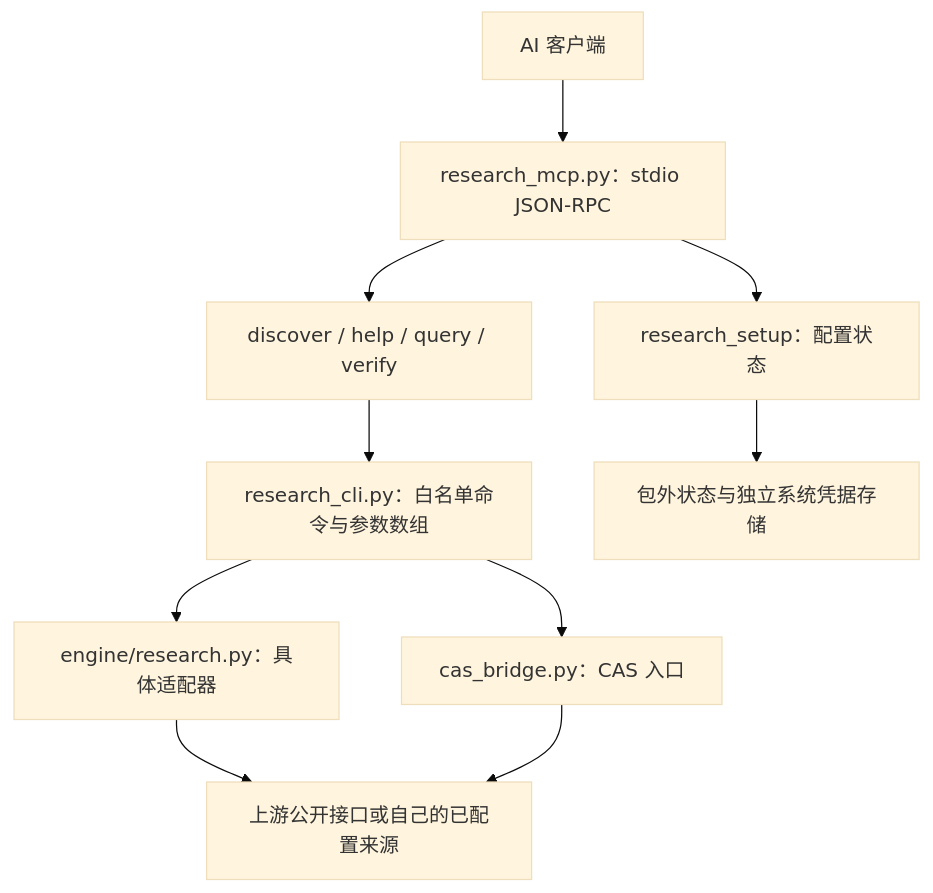
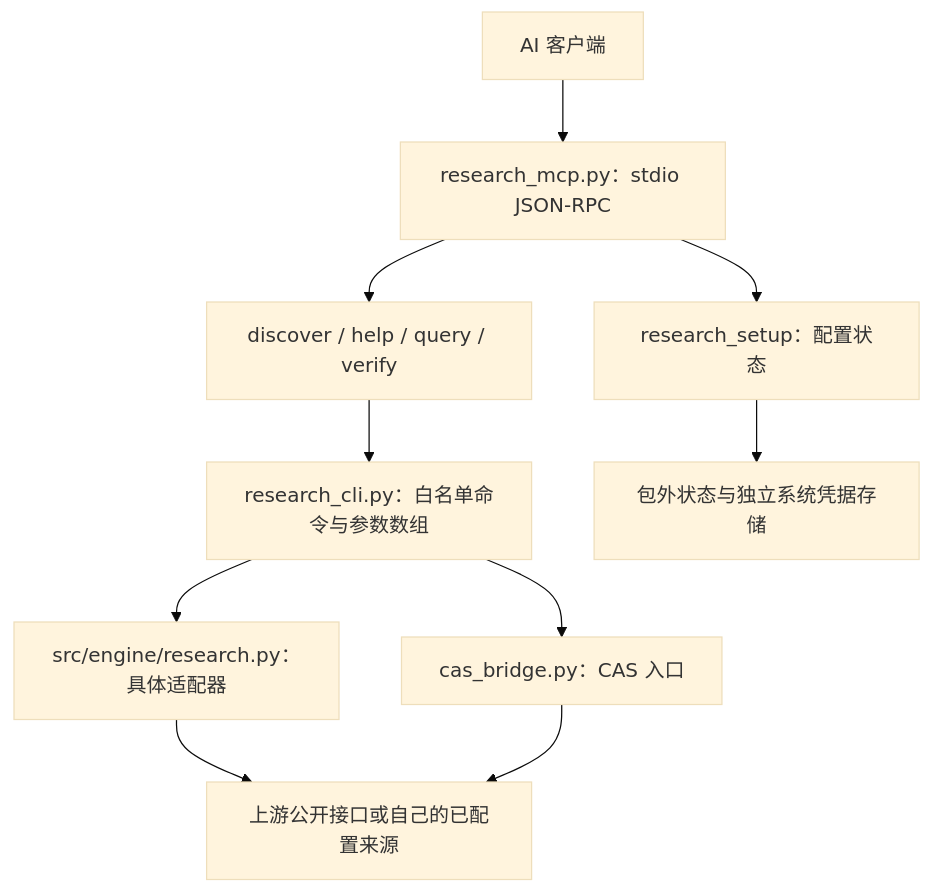
One commit to He-He-He-He-He-He/research-database-mcp changed the diagram in docs/ARCHITECTURE.md. Above: the diagram before and after it, drawn with Mermaid (base theme). The commit also changed other lines of this file and 19 other files, not shown here.

````diff
--- a/docs/ARCHITECTURE.md
+++ b/docs/ARCHITECTURE.md
@@ -7,12 +7,12 @@
 ```mermaid
 flowchart TD
     A[AI 客户端] --> B[research_mcp.py：stdio JSON-RPC]
     B --> C[research_setup：配置状态]
     B --> D[discover / help / query / verify]
     D --> E[research_cli.py：白名单命令与参数数组]
-    E --> F[engine/research.py：具体适配器]
+    E --> F[src/engine/research.py：具体适配器]
     E --> G[cas_bridge.py：CAS 入口]
     F --> H[上游公开接口或自己的已配置来源]
     G --> H
     C --> I[包外状态与独立系统凭据存储]
 ```
````
